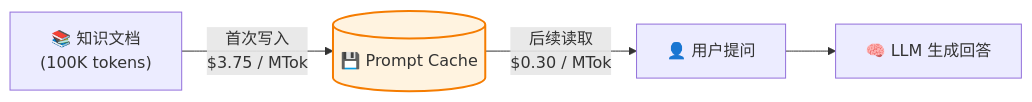
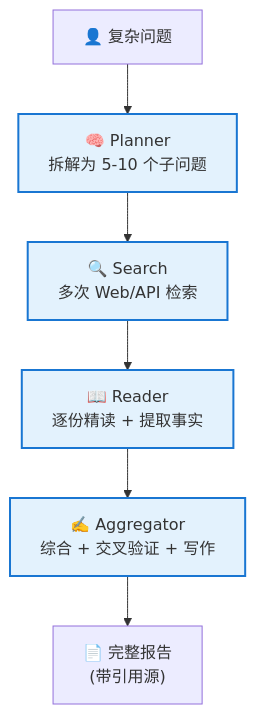
Before and after one commit to wb04307201/wb04307201: the fourth of 4 diagrams in note/11.ai/training/lession16/README2.md, drawn with Mermaid. The commit also changed other lines of this file and 8 other files, not shown here.

````diff
--- a/note/11.ai/training/lession16/README2.md
+++ b/note/11.ai/training/lession16/README2.md
@@ -43,9 +223,11 @@
 ```mermaid
-flowchart LR
-    A["📚 知识文档<br/>(100K tokens)"] -->|首次写入<br/>$3.75 / MTok| Cache[("💾 Prompt Cache")]
-    Cache -->|后续读取<br/>$0.30 / MTok| B["👤 用户提问"]
-    B --> C["🧠 LLM 生成回答"]
-
-    classDef cache fill:#fff3e0,stroke:#f57c00,stroke-width:2px
-    class Cache cache
+graph TB
+    Q["👤 复杂问题"]
+    Q --> Planner["🧠 Planner<br/>拆解为 5-10 个子问题"]
+    Planner --> Search["🔍 Search<br/>多次 Web/API 检索"]
+    Search --> Reader["📖 Reader<br/>逐份精读 + 提取事实"]
+    Reader --> Aggregator["✍️ Aggregator<br/>综合 + 交叉验证 + 写作"]
+    Aggregator --> Report["📄 完整报告<br/>(带引用源)"]
+    classDef phase fill:#e3f2fd,stroke:#1976d2,stroke-width:2px
+    class Planner,Search,Reader,Aggregator phase
 ```
````
